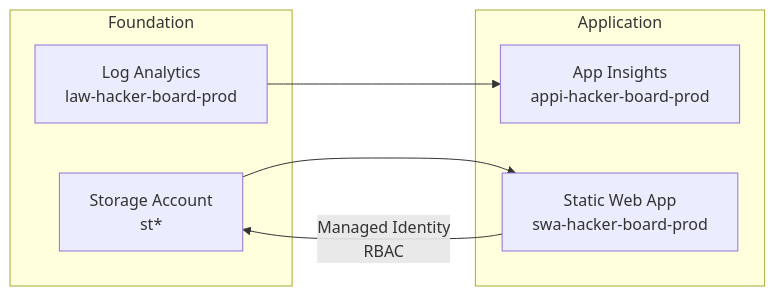
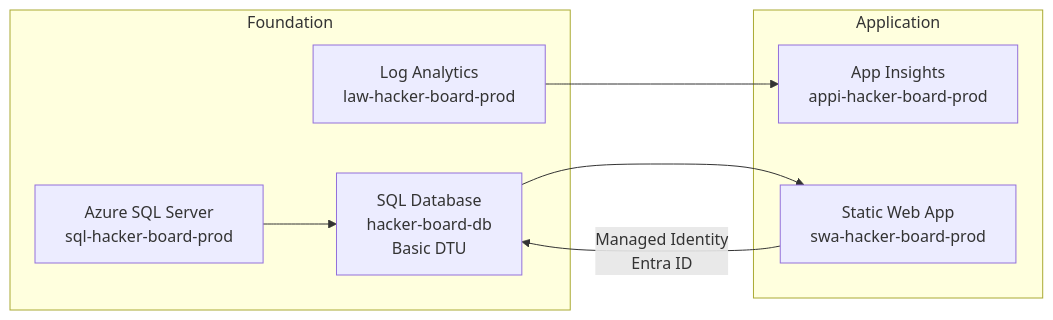
The second of 3 diagrams in docs/deployment-guide.md (jonathan-vella/hacker-board), drawn with Mermaid before and after one commit. The commit also changed other lines of this file and 44 other files, not shown here.

````diff
--- a/docs/deployment-guide.md
+++ b/docs/deployment-guide.md
@@ -99,16 +109,18 @@
 ```mermaid
 graph LR
     subgraph Foundation
         LA[Log Analytics<br/>law-hacker-board-prod]
-        SA[Storage Account<br/>st*]
+        SQL[Azure SQL Server<br/>sql-hacker-board-prod]
+        DB[SQL Database<br/>hacker-board-db<br/>Basic DTU]
     end
 
     subgraph Application
         AI[App Insights<br/>appi-hacker-board-prod]
         SWA[Static Web App<br/>swa-hacker-board-prod]
     end
 
     LA --> AI
-    SA --> SWA
-    SWA -->|Managed Identity<br/>RBAC| SA
+    SQL --> DB
+    DB --> SWA
+    SWA -->|Managed Identity<br/>Entra ID| DB
 ```
````
